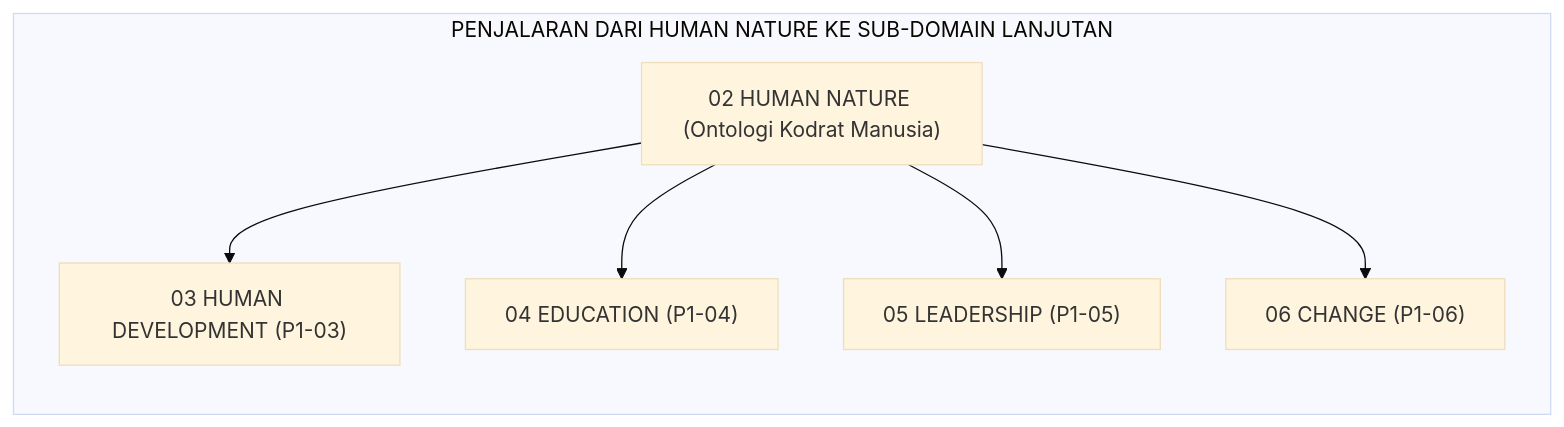
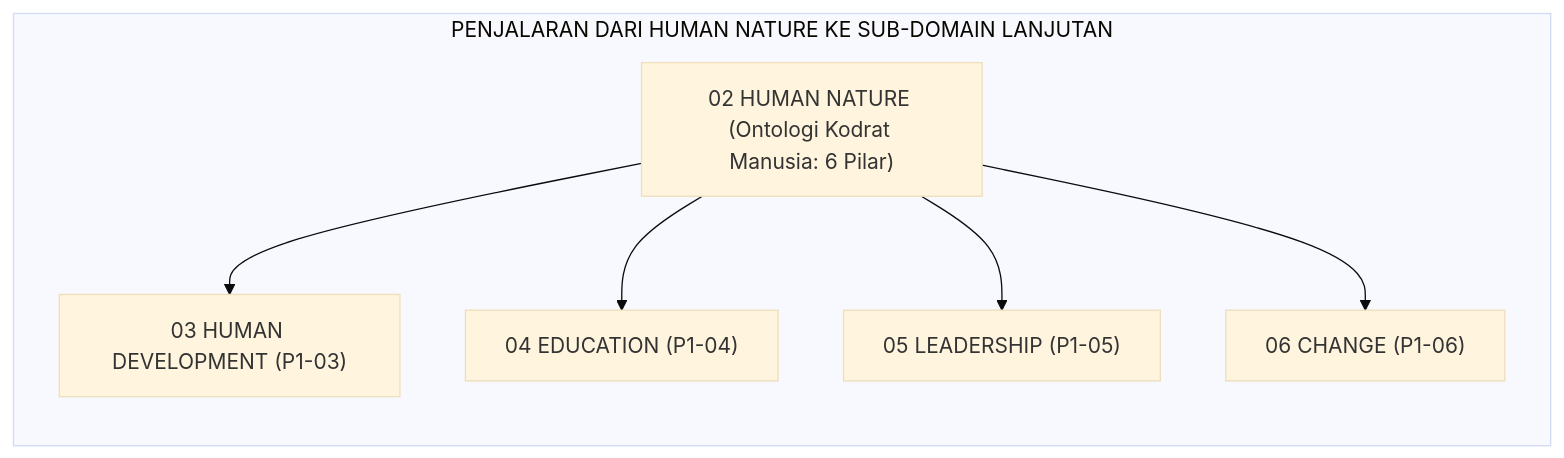
One commit to wandiapriliyandi/tumbuh changed the third of 3 diagrams in 01 Philosophy/02 Human Nature/P1-02-Human-Nature-TUMBUH.md. Above: the diagram before and after it, drawn with Mermaid (base theme). The commit also changed other lines of this file and 18 other files, not shown here.

````diff
--- a/01 Philosophy/02 Human Nature/P1-02-Human-Nature-TUMBUH.md
+++ b/01 Philosophy/02 Human Nature/P1-02-Human-Nature-TUMBUH.md
@@ -122,11 +130,11 @@
 ```mermaid
 graph LR
     subgraph PenjalaranSubDomainFilosofi["PENJALARAN DARI HUMAN NATURE KE SUB-DOMAIN LANJUTAN"]
-        HN["02 HUMAN NATURE (Ontologi Kodrat Manusia)"]
+        HN["02 HUMAN NATURE (Ontologi Kodrat Manusia: 6 Pilar)"]
         
         HN --> HD["03 HUMAN DEVELOPMENT (P1-03)"]
         HN --> ED["04 EDUCATION (P1-04)"]
         HN --> LD["05 LEADERSHIP (P1-05)"]
         HN --> CH["06 CHANGE (P1-06)"]
     end
 ```
````
